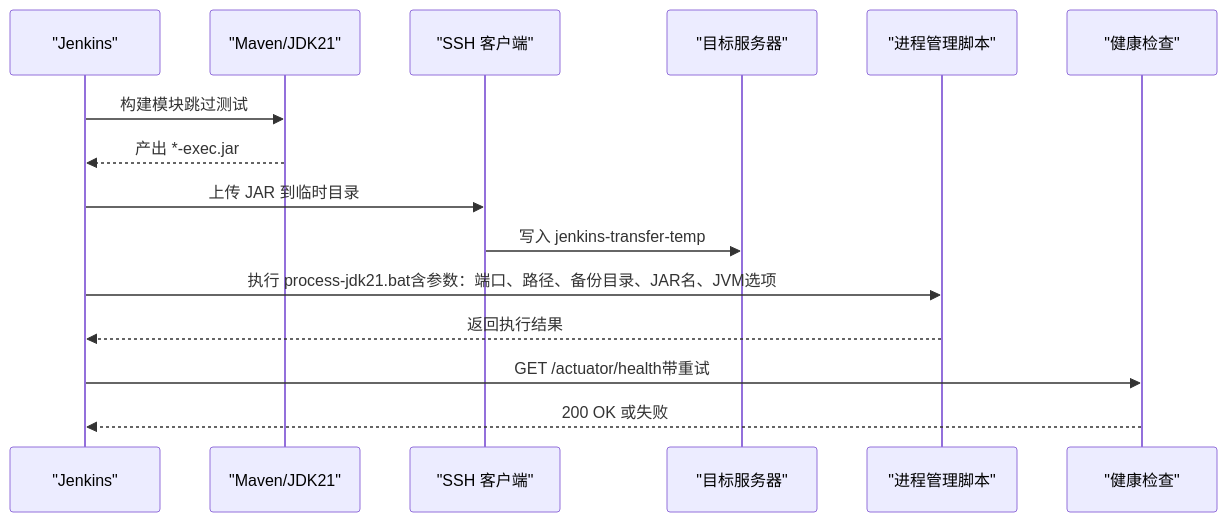
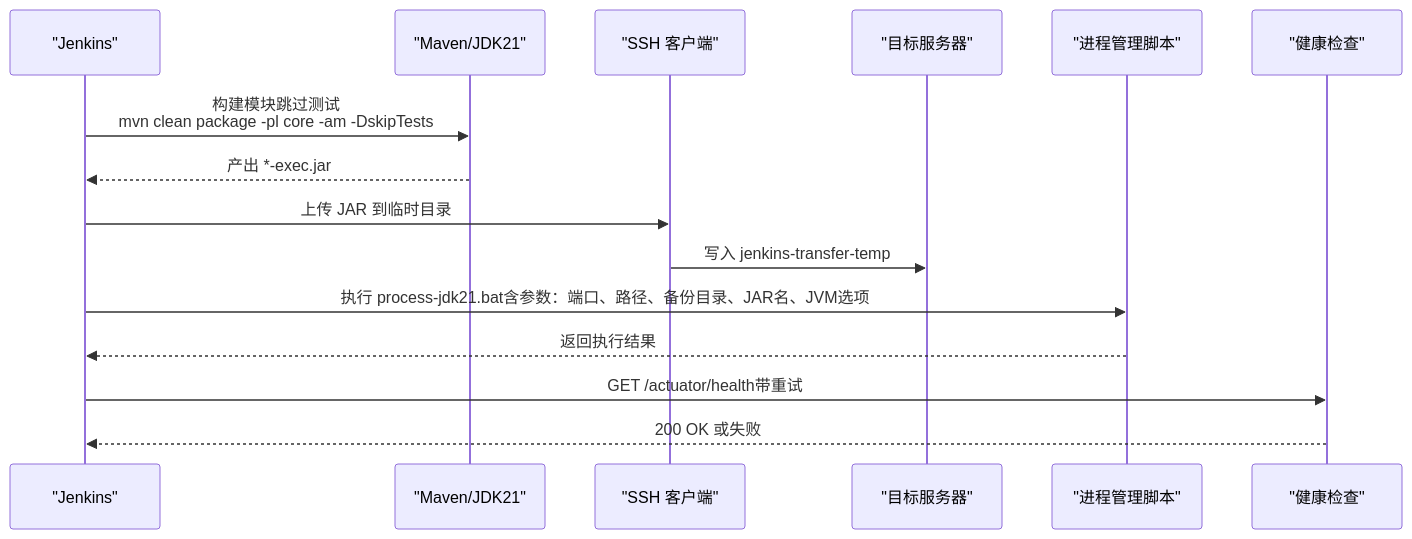
Before and after one commit to DrunkFood/First: the third of 6 diagrams in .qoder/repowiki/zh/content/部署运维/CI_CD流水线.md, drawn with Mermaid. The commit also changed other lines of this file and 66 other files, not shown here.

````diff
--- a/.qoder/repowiki/zh/content/部署运维/CI_CD流水线.md
+++ b/.qoder/repowiki/zh/content/部署运维/CI_CD流水线.md
@@ -141,17 +168,17 @@
 ```mermaid
 sequenceDiagram
 participant J as "Jenkins"
 participant M as "Maven/JDK21"
 participant SSH as "SSH 客户端"
 participant R as "目标服务器"
 participant P as "进程管理脚本"
 participant HC as "健康检查"
-J->>M : 构建模块跳过测试
+J->>M : 构建模块跳过测试<br/>mvn clean package -pl core -am -DskipTests
 M-->>J : 产出 *-exec.jar
 J->>SSH : 上传 JAR 到临时目录
 SSH->>R : 写入 jenkins-transfer-temp
 J->>P : 执行 process-jdk21.bat含参数：端口、路径、备份目录、JAR名、JVM选项
 P-->>J : 返回执行结果
 J->>HC : GET /actuator/health带重试
 HC-->>J : 200 OK 或失败
 ```
````
